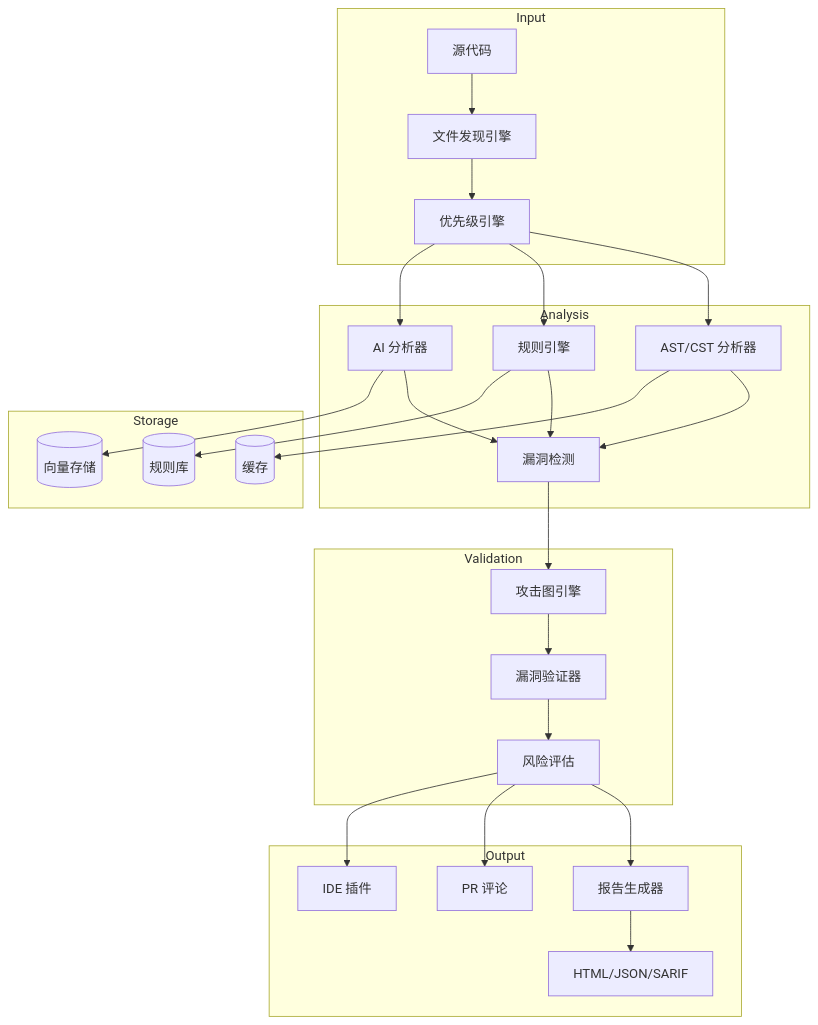
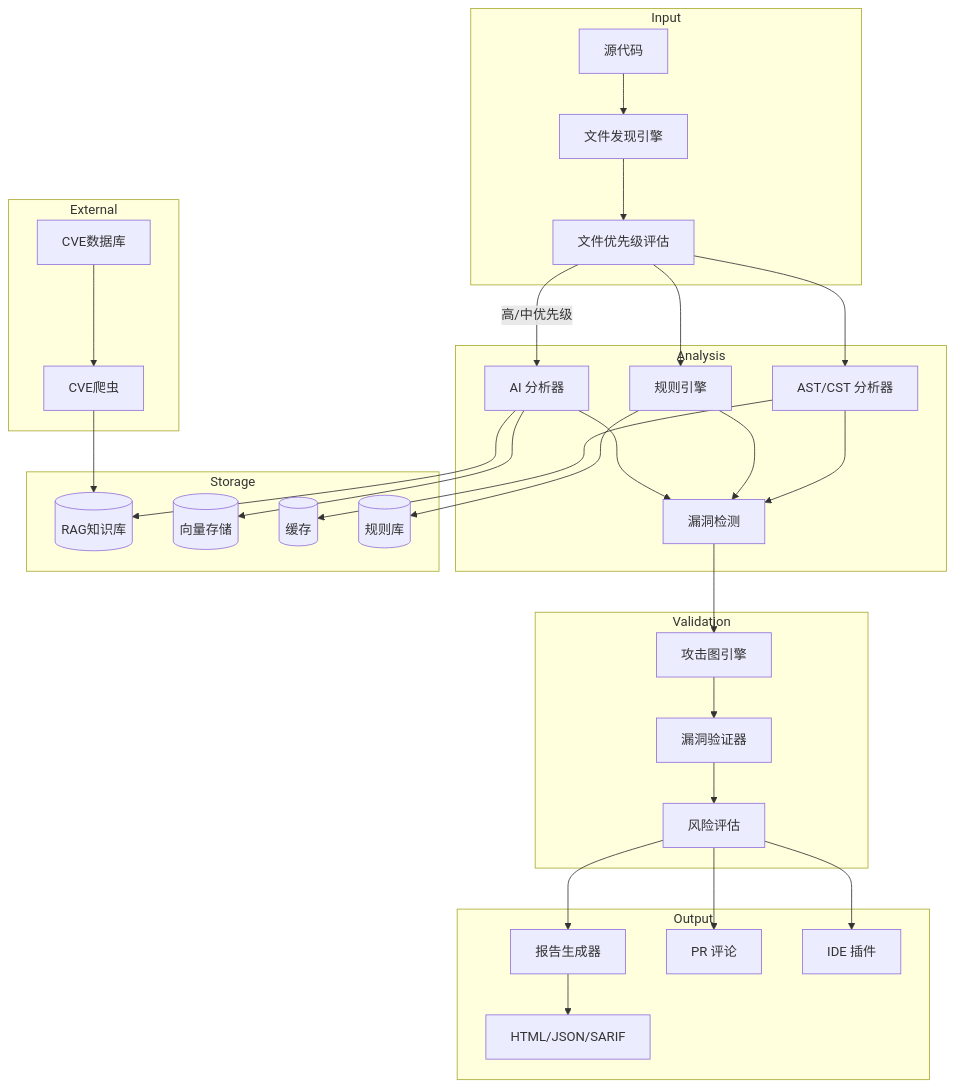
One commit to lxcxjxhx/HOS-LS changed the first of 2 diagrams in README.md. Above: the diagram before and after it, drawn with Mermaid. The commit also changed other lines of this file and 52 other files, not shown here.

````diff
--- a/README.md
+++ b/README.md
@@ -255,38 +353,45 @@
 ```mermaid
 graph TB
     subgraph Input
         A[源代码] --> B[文件发现引擎]
-        B --> C[优先级引擎]
+        B --> C[文件优先级评估]
     end
 
     subgraph Analysis
         C --> D[AST/CST 分析器]
         C --> E[规则引擎]
-        C --> F[AI 分析器]
+        C -->|高/中优先级| F[AI 分析器]
         D --> G[漏洞检测]
         E --> G
         F --> G
     end
 
     subgraph Validation
         G --> H[攻击图引擎]
         H --> I[漏洞验证器]
         I --> J[风险评估]
     end
 
     subgraph Output
         J --> K[报告生成器]
         K --> L[HTML/JSON/SARIF]
         J --> M[PR 评论]
         J --> N[IDE 插件]
     end
 
     subgraph Storage
-        O[(向量存储)]
-        P[(缓存)]
-        Q[(规则库)]
+        O[(RAG知识库)]
+        P[(向量存储)]
+        Q[(缓存)]
+        R[(规则库)]
         F --> O
-        D --> P
-        E --> Q
+        F --> P
+        D --> Q
+        E --> R
+    end
+
+    subgraph External
+        S[CVE爬虫] --> O
+        T[CVE数据库] --> S
     end
 ```
````
